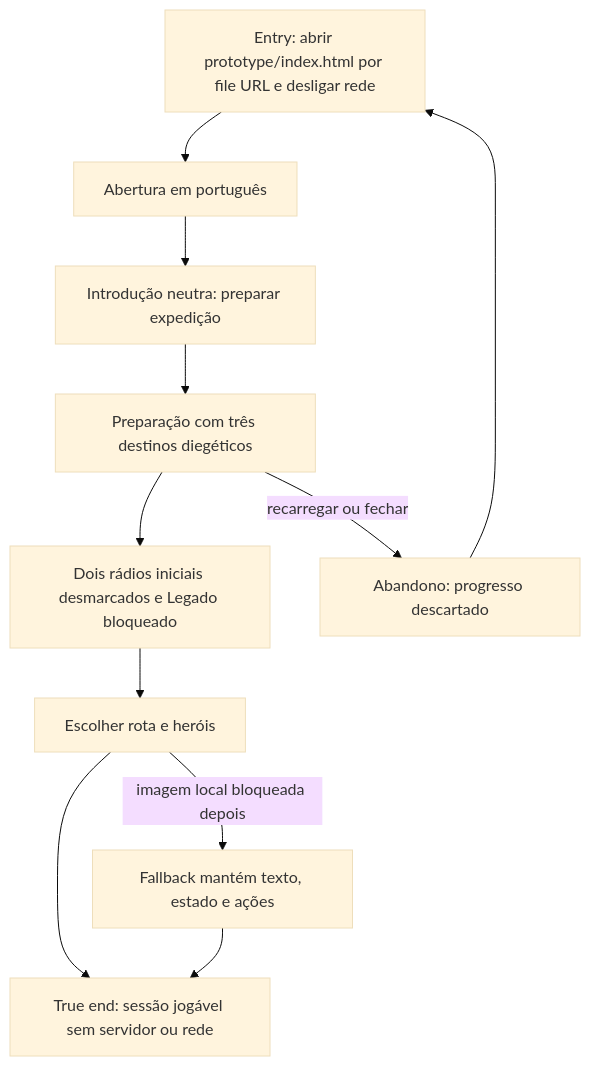
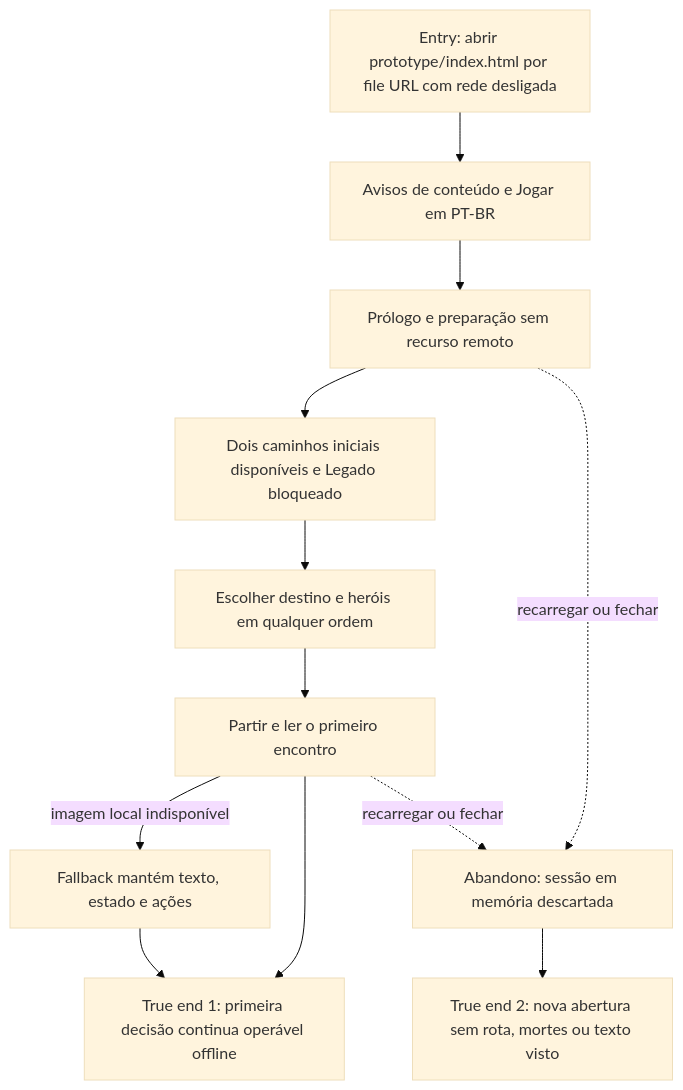
The diagram in docs/qa/journeys/J-local-offline-launch.md (edneyreis999/gamejam-vn-terror), drawn with Mermaid (base theme) before and after one commit. The commit also changed other lines of this file and 231 other files, not shown here.

````diff
--- a/docs/qa/journeys/J-local-offline-launch.md
+++ b/docs/qa/journeys/J-local-offline-launch.md
@@ -3,13 +3,14 @@
 ```mermaid
 flowchart TD
-  A[Entry: abrir prototype/index.html por file URL e desligar rede] --> B[Abertura em português]
-  B --> C[Introdução neutra: preparar expedição]
-  C --> D[Preparação com três destinos diegéticos]
-  D --> E[Dois rádios iniciais desmarcados e Legado bloqueado]
-  E --> F[Escolher rota e heróis]
-  F --> G[True end: sessão jogável sem servidor ou rede]
-  F -->|imagem local bloqueada depois| H[Fallback mantém texto, estado e ações]
-  H --> G
-  D -->|recarregar ou fechar| X[Abandono: progresso descartado]
-  X --> A
+  A[Entry: abrir prototype/index.html por file URL com rede desligada] --> B[Avisos de conteúdo e Jogar em PT-BR]
+  B --> C[Prólogo e preparação sem recurso remoto]
+  C --> D[Dois caminhos iniciais disponíveis e Legado bloqueado]
+  D --> E[Escolher destino e heróis em qualquer ordem]
+  E --> F[Partir e ler o primeiro encontro]
+  F -->|imagem local indisponível| G[Fallback mantém texto, estado e ações]
+  F --> H[True end 1: primeira decisão continua operável offline]
+  G --> H
+  C -.->|recarregar ou fechar| X[Abandono: sessão em memória descartada]
+  F -.->|recarregar ou fechar| X
+  X --> Y[True end 2: nova abertura sem rota, mortes ou texto visto]
 ```
````
